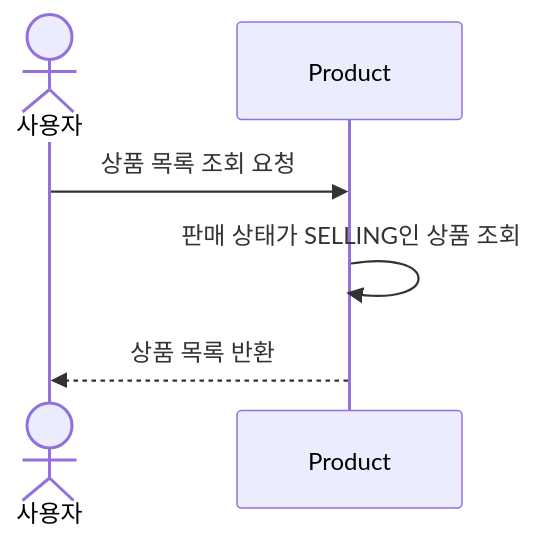
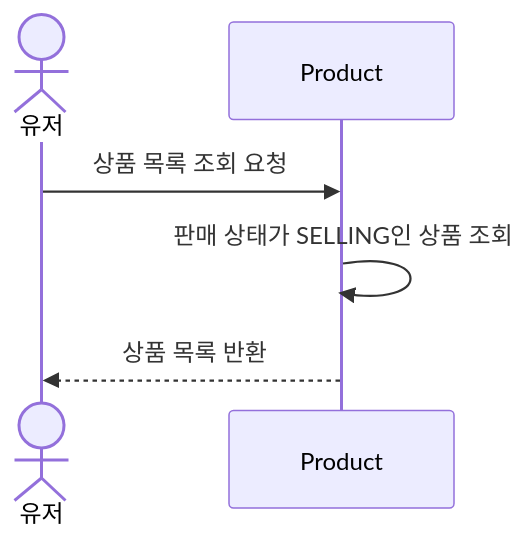
One commit to ahdrn2016/hhplus-ecommerce changed the second of 5 diagrams in docs/SequenceDiagram/SequenceDiagram.md. Above: the diagram before and after it, drawn with Mermaid. The commit also changed other lines of this file and 1 other file, not shown here.

Commit message:
Docs: ERD, Sequence 수정

````diff
--- a/docs/SequenceDiagram/SequenceDiagram.md
+++ b/docs/SequenceDiagram/SequenceDiagram.md
@@ -25,10 +25,10 @@
 ```mermaid
 sequenceDiagram
-    actor I as 사용자
+    actor I as 유저
     participant Product as Product
 
     I ->> Product : 상품 목록 조회 요청
     Product ->> Product : 판매 상태가 SELLING인 상품 조회
     Product -->> I : 상품 목록 반환
     
 ```
````
